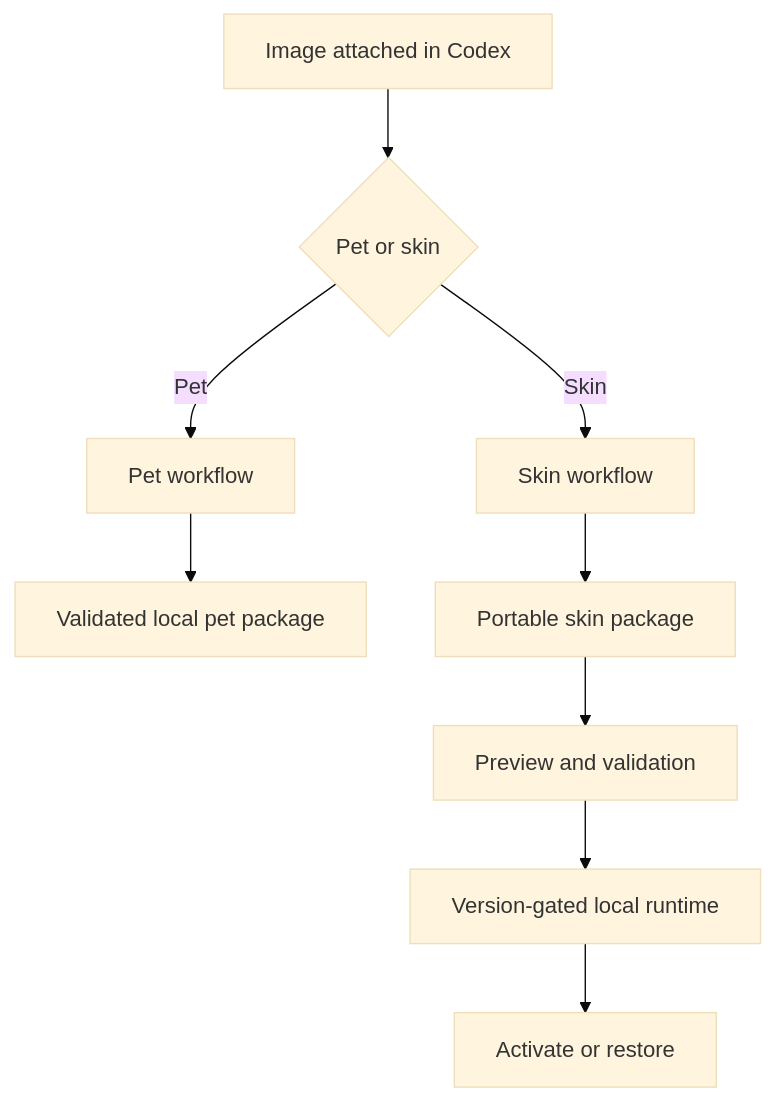
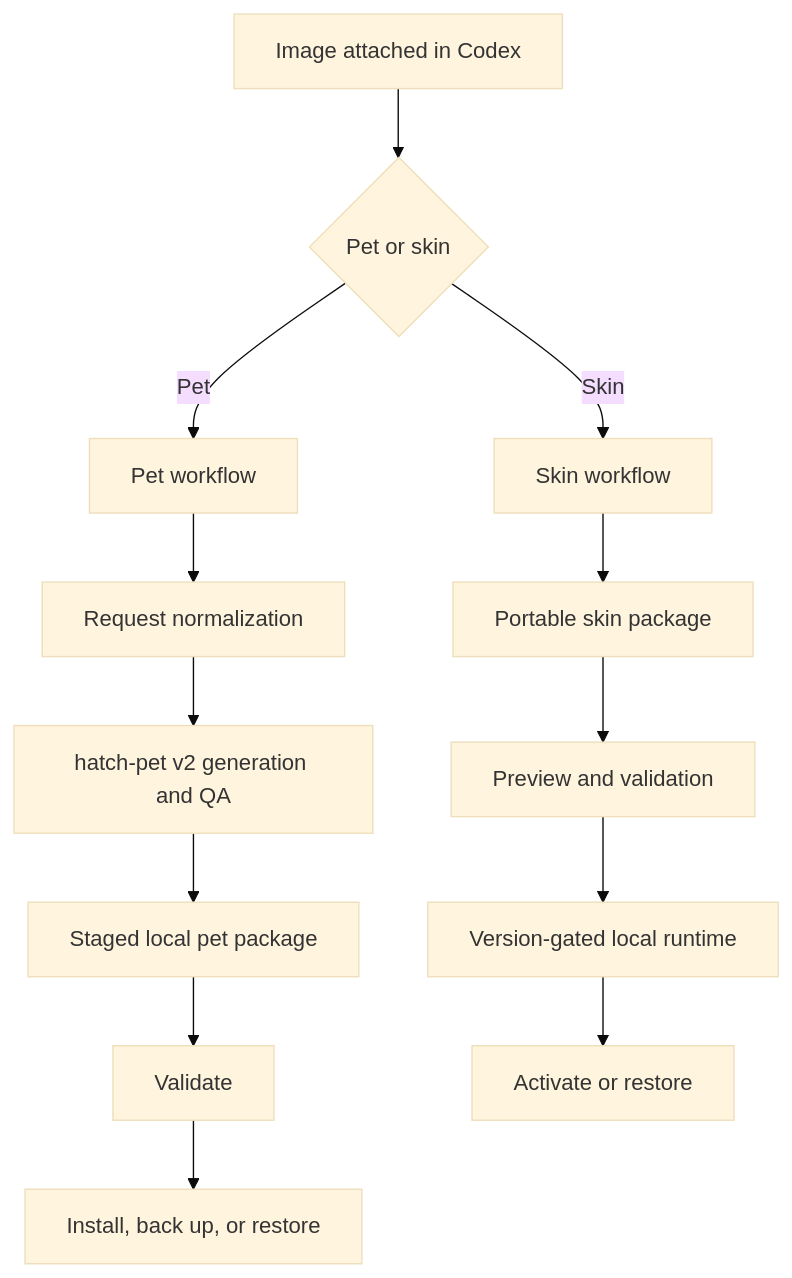
Before and after one commit to chromapaw/codex-chromapaw: the diagram in docs/ARCHITECTURE.md, drawn with Mermaid (base theme). The commit also changed other lines of this file and 16 other files, not shown here.

````diff
--- a/docs/ARCHITECTURE.md
+++ b/docs/ARCHITECTURE.md
@@ -5,11 +5,15 @@
 ```mermaid
 flowchart TD
     A["Image attached in Codex"] --> B{"Pet or skin"}
     B -->|Pet| C["Pet workflow"]
     B -->|Skin| D["Skin workflow"]
-    C --> E["Validated local pet package"]
+    C --> J["Request normalization"]
+    J --> K["hatch-pet v2 generation and QA"]
+    K --> E["Staged local pet package"]
+    E --> L["Validate"]
+    L --> M["Install, back up, or restore"]
     D --> F["Portable skin package"]
     F --> G["Preview and validation"]
     G --> H["Version-gated local runtime"]
     H --> I["Activate or restore"]
 ```
````
